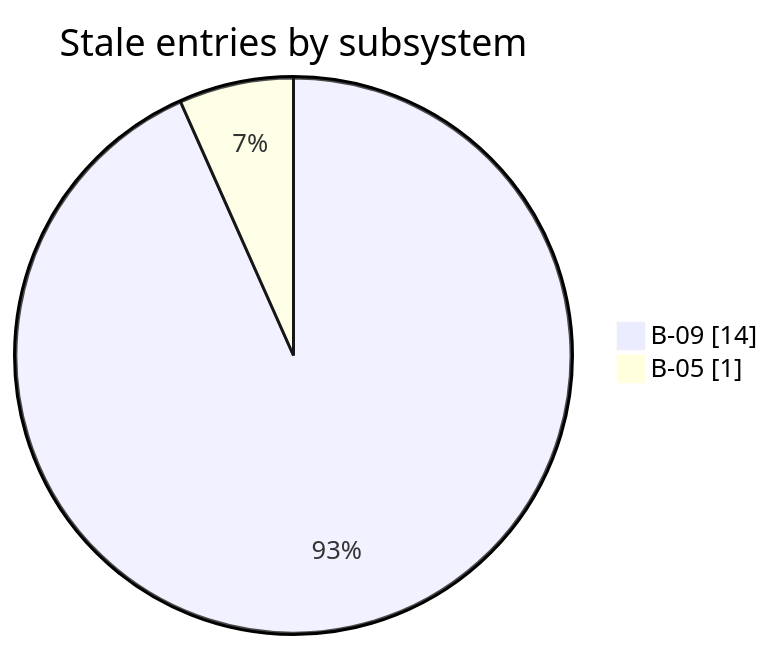
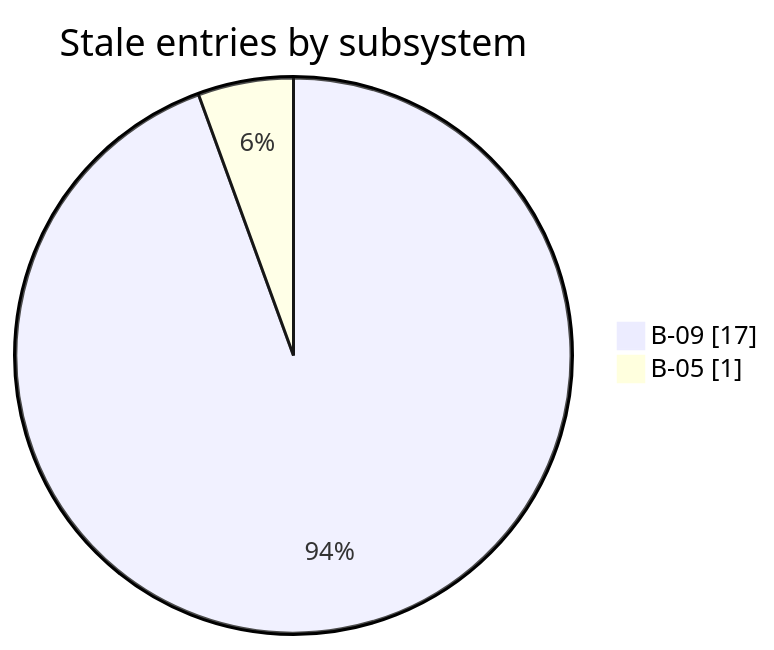
One commit to nfeldman/amanuensis changed the diagram in docs/architecture.md. Above: the diagram before and after it, drawn with Mermaid. The commit also changed 51 other files, not shown here.

````diff
--- a/docs/architecture.md
+++ b/docs/architecture.md
@@ -29,6 +29,6 @@
 ```mermaid
 pie showData
     title Stale entries by subsystem
-    "B-09" : 14
+    "B-09" : 17
     "B-05" : 1
 ```
````
